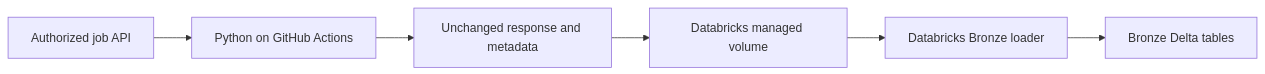
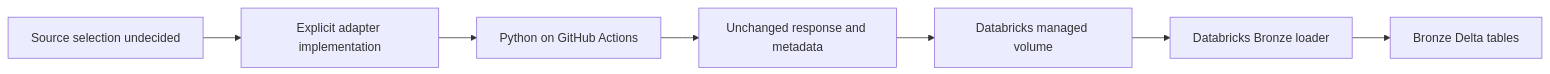
The diagram in docs/PYTHON_GITHUB_ACTIONS_INGESTION.md (PejaLattrell/QueryWork-PH), drawn with Mermaid before and after one commit. The commit also changed other lines of this file and 27 other files, not shown here.

````diff
--- a/docs/PYTHON_GITHUB_ACTIONS_INGESTION.md
+++ b/docs/PYTHON_GITHUB_ACTIONS_INGESTION.md
@@ -7,8 +7,9 @@
 ```mermaid
 flowchart LR
-    API[Authorized job API] --> PY[Python on GitHub Actions]
+    Select[Source selection undecided] --> Adapter[Explicit adapter implementation]
+    Adapter --> PY[Python on GitHub Actions]
     PY --> RAW[Unchanged response and metadata]
     RAW --> VOL[Databricks managed volume]
     VOL --> LOAD[Databricks Bronze loader]
     LOAD --> BRONZE[Bronze Delta tables]
 ```
````
